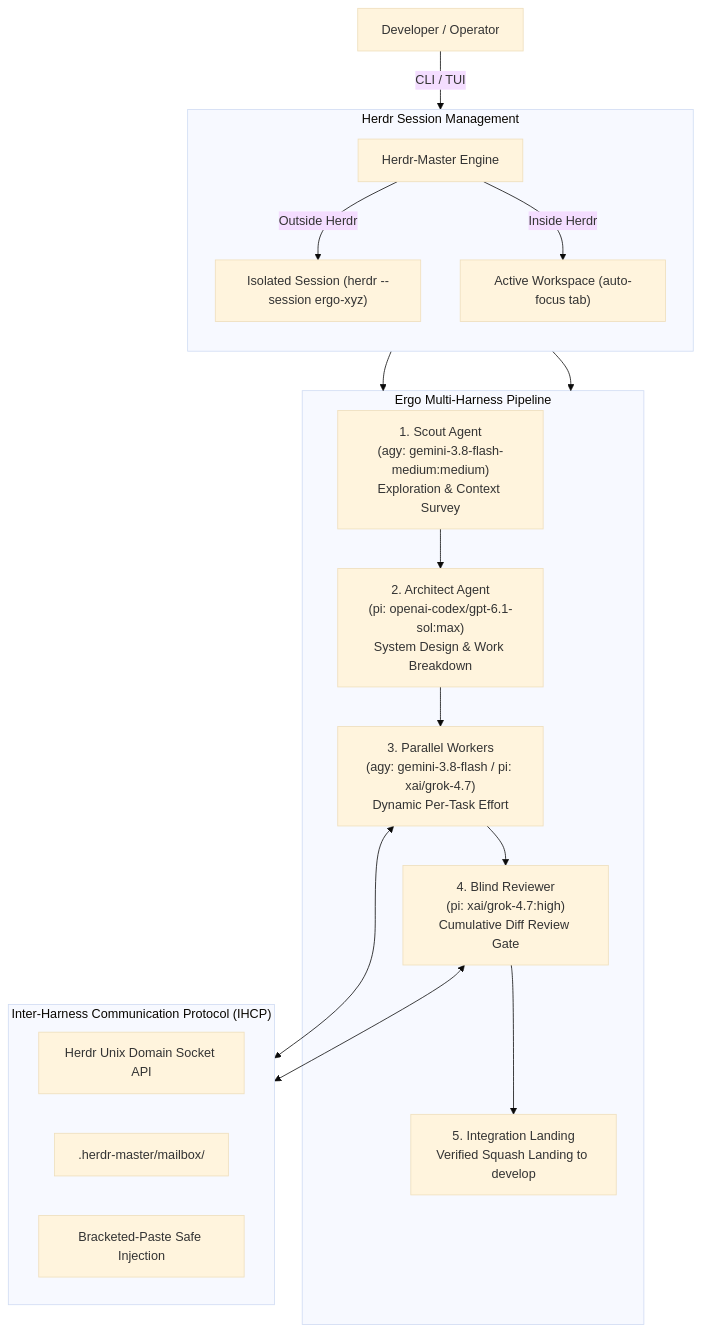
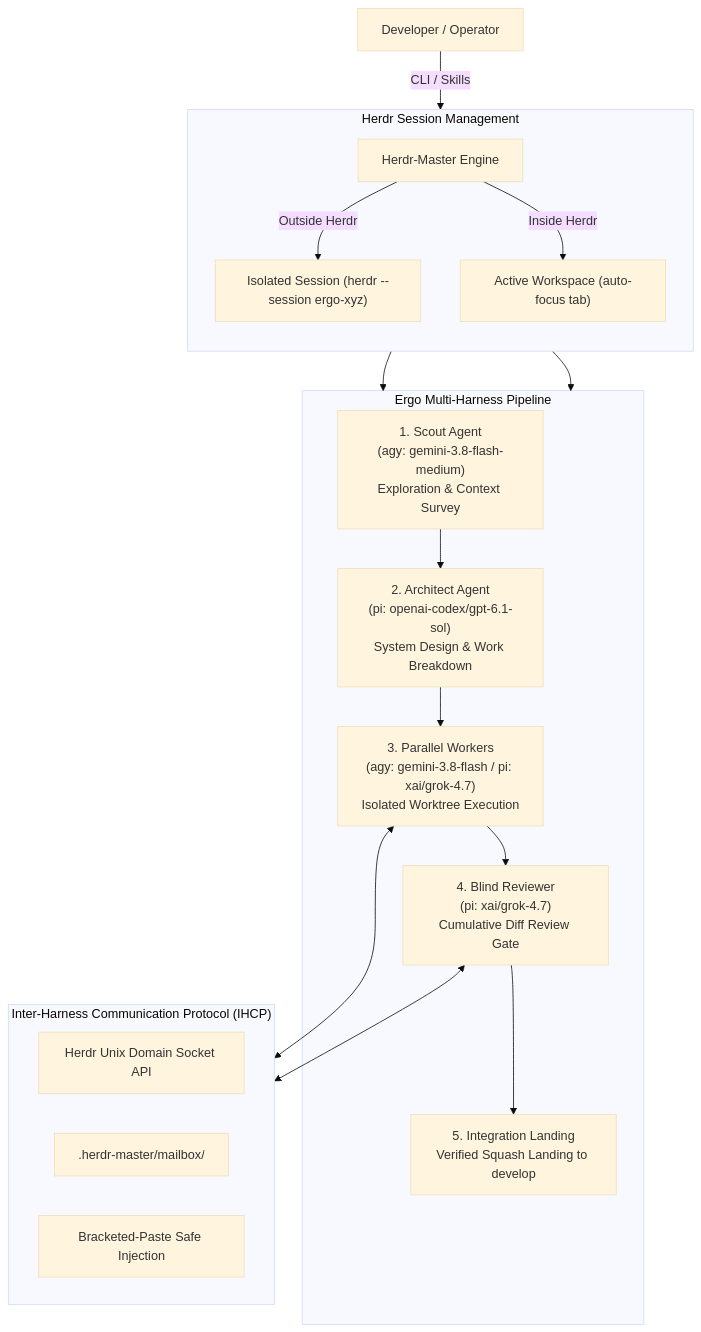
Before and after one commit to pank85/AiHead-Orchestrator: the diagram in README.md, drawn with Mermaid (base theme). The commit also changed other lines of this file, not shown here.

Commit message:
docs: drop the in-repo TUI claim from the README

````diff
--- a/README.md
+++ b/README.md
@@ -284,32 +119,32 @@
 ```mermaid
 graph TD
-    User["Developer / Operator"] -->|CLI / TUI| Orchestrator["Herdr-Master Engine"]
+    User["Developer / Operator"] -->|CLI / Skills| Orchestrator["Herdr-Master Engine"]
     
     subgraph ExecutionContext ["Herdr Session Management"]
         direction TB
         Orchestrator -->|Outside Herdr| IsolatedSession["Isolated Session (herdr --session ergo-xyz)"]
         Orchestrator -->|Inside Herdr| ActiveSession["Active Workspace (auto-focus tab)"]
     end
 
     subgraph ErgoPipeline ["Ergo Multi-Harness Pipeline"]
-        Scout["1. Scout Agent<br/>(agy: gemini-3.8-flash-medium:medium)<br/>Exploration & Context Survey"]
-        Architect["2. Architect Agent<br/>(pi: openai-codex/gpt-6.1-sol:max)<br/>System Design & Work Breakdown"]
-        Pool["3. Parallel Workers<br/>(agy: gemini-3.8-flash / pi: xai/grok-4.7)<br/>Dynamic Per-Task Effort"]
-        Reviewer["4. Blind Reviewer<br/>(pi: xai/grok-4.7:high)<br/>Cumulative Diff Review Gate"]
+        Scout["1. Scout Agent<br/>(agy: gemini-3.8-flash-medium)<br/>Exploration & Context Survey"]
+        Architect["2. Architect Agent<br/>(pi: openai-codex/gpt-6.1-sol)<br/>System Design & Work Breakdown"]
+        Pool["3. Parallel Workers<br/>(agy: gemini-3.8-flash / pi: xai/grok-4.7)<br/>Isolated Worktree Execution"]
+        Reviewer["4. Blind Reviewer<br/>(pi: xai/grok-4.7)<br/>Cumulative Diff Review Gate"]
         Squash["5. Integration Landing<br/>Verified Squash Landing to develop"]
 
         Scout --> Architect --> Pool --> Reviewer --> Squash
     end
 
     IsolatedSession --> ErgoPipeline
     ActiveSession --> ErgoPipeline
 
     subgraph IHCP ["Inter-Harness Communication Protocol (IHCP)"]
         Socket["Herdr Unix Domain Socket API"]
         Mailbox[".herdr-master/mailbox/"]
         PTY["Bracketed-Paste Safe Injection"]
     end
 
     Pool <--> IHCP
     Reviewer <--> IHCP
 ```
````
